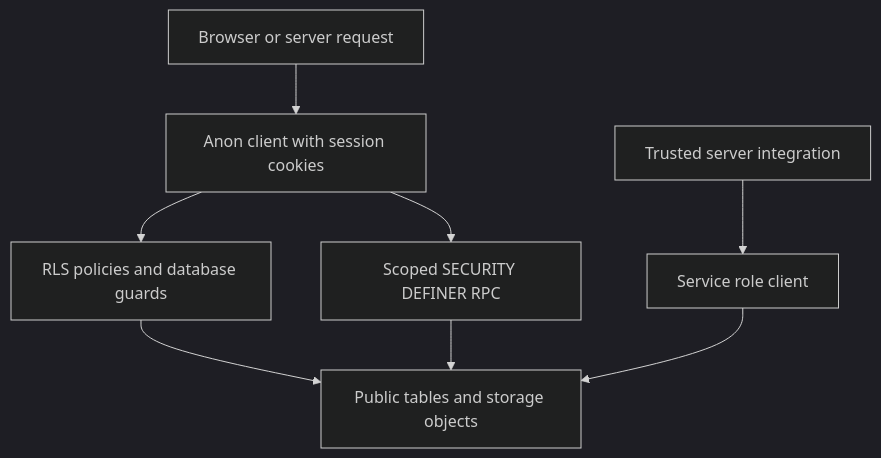
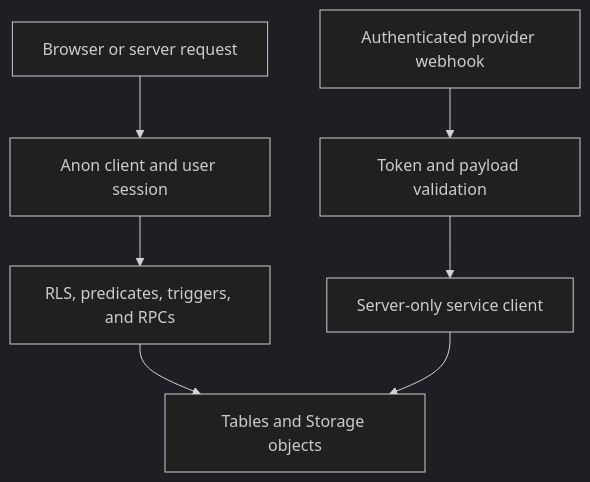
One commit to Schneider-Gr/industria24hIA changed the diagram in openwiki/architecture/data-access-security-and-schema-evolution.md. Above: the diagram before and after it, drawn with Mermaid (dark theme). The commit also changed other lines of this file and 34 other files, not shown here.

````diff
--- a/openwiki/architecture/data-access-security-and-schema-evolution.md
+++ b/openwiki/architecture/data-access-security-and-schema-evolution.md
@@ -76,10 +102,9 @@
 ```mermaid
 flowchart TD
-  Browser["Browser or server request"] --> Session["Anon client with session cookies"]
-  Session --> RLS["RLS policies and database guards"]
-  RLS --> Tables["Public tables and storage objects"]
-  ServerJob["Trusted server integration"] --> Service["Service role client"]
-  Service --> Tables
-  Session --> RPC["Scoped SECURITY DEFINER RPC"]
-  RPC --> Tables
+  Request["Browser or server request"] --> Anon["Anon client and user session"]
+  Anon --> Database["RLS, predicates, triggers, and RPCs"]
+  Database --> Data["Tables and Storage objects"]
+  Provider["Authenticated provider webhook"] --> Validate["Token and payload validation"]
+  Validate --> Service["Server-only service client"]
+  Service --> Data
 ```
````
